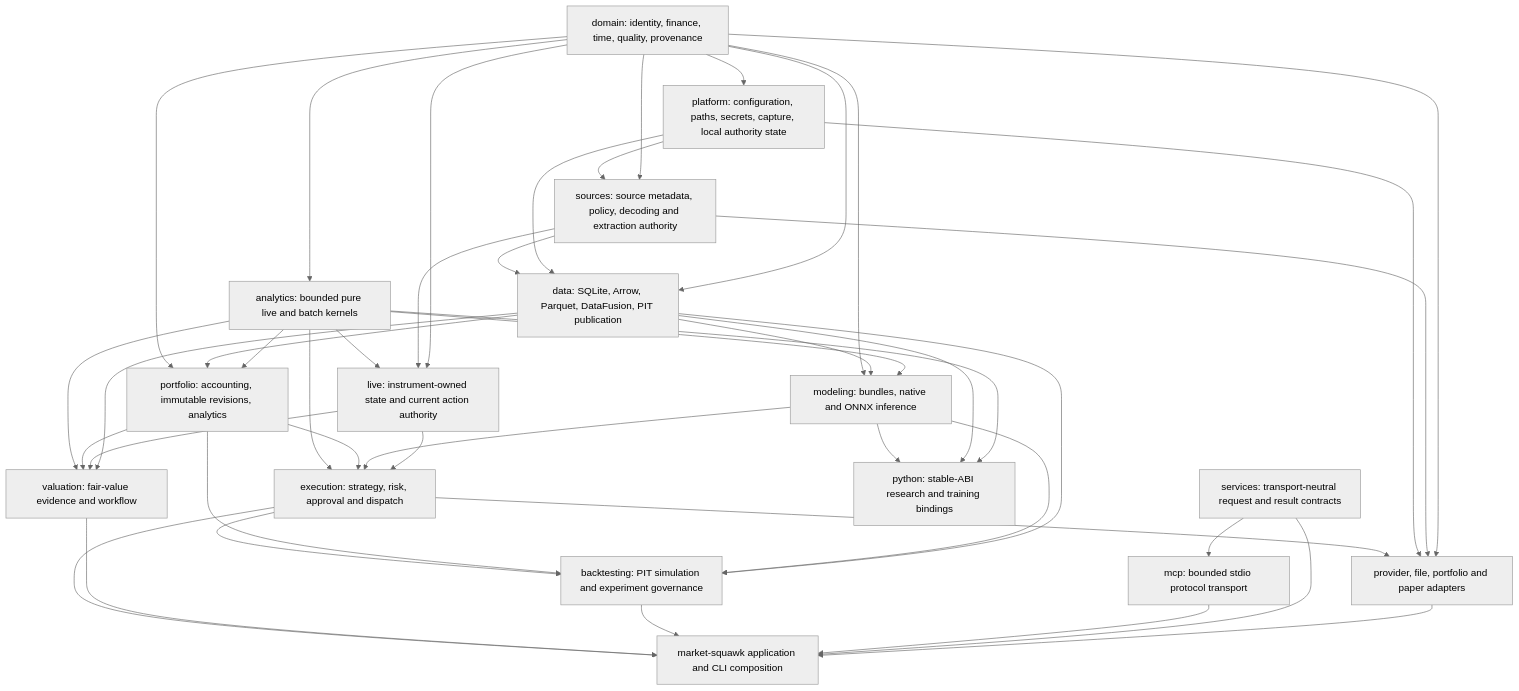
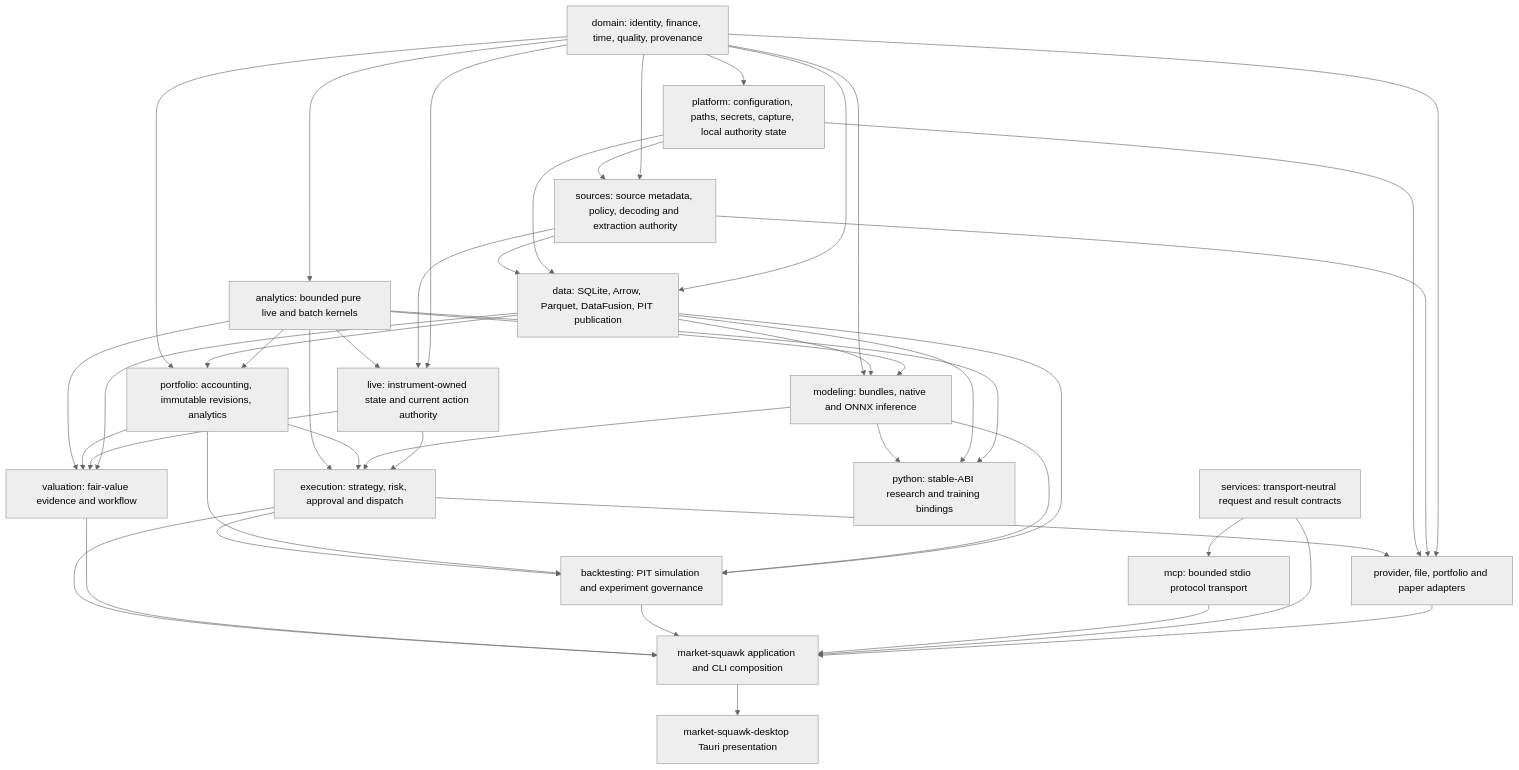
The first of 2 diagrams in docs/architecture/building-blocks.md (Sawmonabo/market-squawk), drawn with Mermaid (neutral theme) before and after one commit. The commit also changed other lines of this file and 16 other files, not shown here.

````diff
--- a/docs/architecture/building-blocks.md
+++ b/docs/architecture/building-blocks.md
@@ -56,66 +57,68 @@
 ```mermaid
 flowchart TB
     Domain["domain: identity, finance, time, quality, provenance"]
     Services["services: transport-neutral request and result contracts"]
 
     Platform["platform: configuration, paths, secrets, capture, local authority state"]
     Sources["sources: source metadata, policy, decoding and extraction authority"]
     Analytics["analytics: bounded pure live and batch kernels"]
 
     Live["live: instrument-owned state and current action authority"]
     Data["data: SQLite, Arrow, Parquet, DataFusion, PIT publication"]
 
     Modeling["modeling: bundles, native and ONNX inference"]
     Portfolio["portfolio: accounting, immutable revisions, analytics"]
     Execution["execution: strategy, risk, approval and dispatch"]
     Backtesting["backtesting: PIT simulation and experiment governance"]
     Valuation["valuation: fair-value evidence and workflow"]
     Python["python: stable-ABI research and training bindings"]
     Mcp["mcp: bounded stdio protocol transport"]
 
     Adapters["provider, file, portfolio and paper adapters"]
     App["market-squawk application and CLI composition"]
+    Desktop["market-squawk-desktop Tauri presentation"]
 
     Domain --> Platform
     Domain --> Sources
     Platform --> Sources
     Domain --> Analytics
     Domain --> Live
     Sources --> Live
     Analytics --> Live
     Domain --> Data
     Platform --> Data
     Sources --> Data
     Analytics --> Modeling
     Data --> Modeling
     Domain --> Modeling
     Analytics --> Portfolio
     Data --> Portfolio
     Domain --> Portfolio
     Live --> Execution
     Modeling --> Execution
     Portfolio --> Execution
     Analytics --> Execution
     Data --> Backtesting
     Modeling --> Backtesting
     Portfolio --> Backtesting
     Execution --> Backtesting
     Data --> Valuation
     Live --> Valuation
     Portfolio --> Valuation
     Analytics --> Valuation
     Analytics --> Python
     Data --> Python
     Modeling --> Python
     Services --> Mcp
     Domain --> Adapters
     Sources --> Adapters
     Platform --> Adapters
     Execution --> Adapters
     Adapters --> App
     Services --> App
     Mcp --> App
     Backtesting --> App
     Valuation --> App
     Execution --> App
+    App --> Desktop
 ```
````
